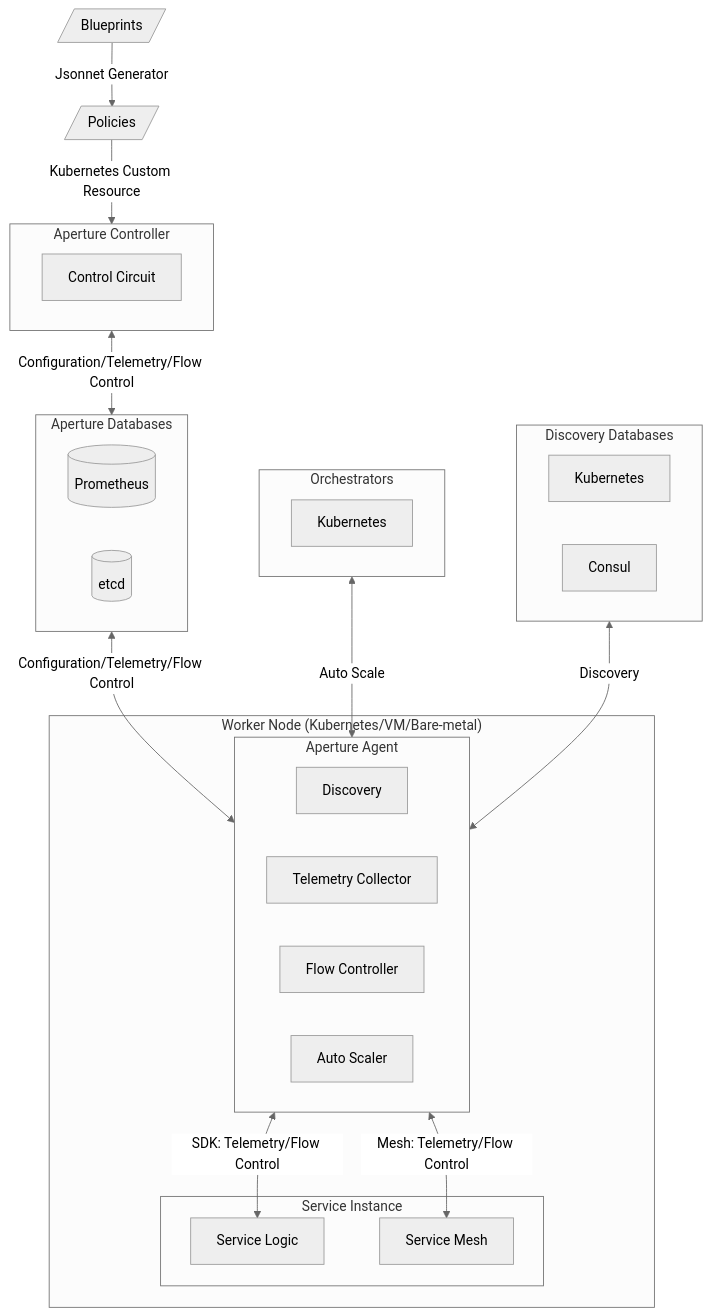
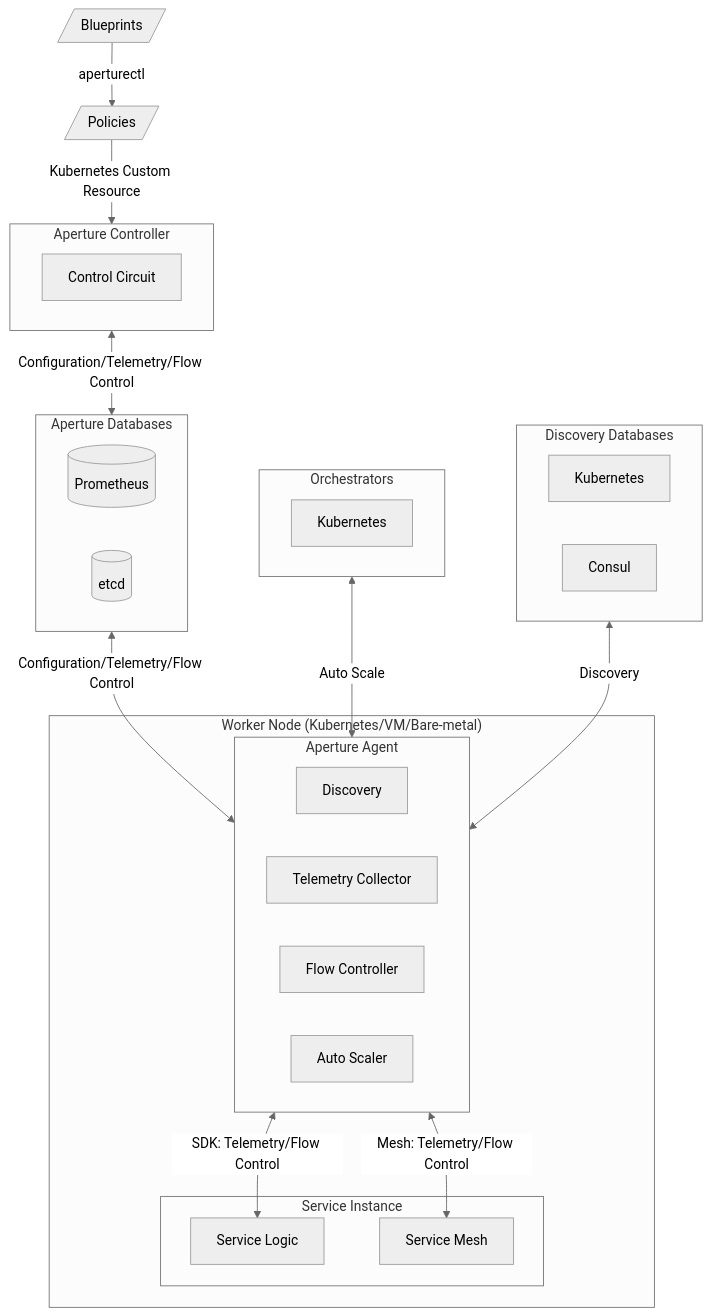
One commit to dataongunlaws/aperture changed the diagram in docs/content/assets/diagrams/architecture/architecture_simple.mmd. Above: the diagram before and after it, drawn with Mermaid (neutral theme). The commit also changed 2 other files, not shown here.

Commit message:
docs: update architecture

```diff
--- a/docs/content/assets/diagrams/architecture/architecture_simple.mmd
+++ b/docs/content/assets/diagrams/architecture/architecture_simple.mmd
@@ -1,38 +1,38 @@
 %% name: architecture_simple
 flowchart TD
     blueprints[/"Blueprints"/]
     policies[/"Policies"/]
     subgraph controller["Aperture Controller"]
         circuit["Control Circuit"]
     end
     subgraph databases["Aperture Databases"]
       prometheus[("Prometheus")]
       etcd[("etcd")]
     end
     subgraph worker["Worker Node (Kubernetes/VM/Bare-metal)"]
       subgraph agent["Aperture Agent"]
           discovery["Discovery"]
           telemetry["Telemetry Collector"]
           flowcontrol["Flow Controller"]
           autoscaler["Auto Scaler"]
       end
       subgraph serviceinstance["Service Instance"]
         servicelogic["Service Logic"]
         servicemesh["Service Mesh"]
       end
     end
     subgraph discoverydb["Discovery Databases"]
       k8sdiscovery["Kubernetes"]
       consul["Consul"]
     end
     subgraph orchestrators["Orchestrators"]
       k8s["Kubernetes"]
     end
-    blueprints --> |Jsonnet Generator| policies
+    blueprints --> |aperturectl| policies
     policies --> |Kubernetes Custom Resource| controller
     controller<--> |Configuration/Telemetry/Flow Control| databases
     databases<-->|Configuration/Telemetry/Flow Control|agent
     agent <-->|SDK: Telemetry/Flow Control| servicelogic
     agent <-->|Mesh: Telemetry/Flow Control| servicemesh
     orchestrators <-->|Auto Scale| agent
     discoverydb <-->|Discovery| agent
```
